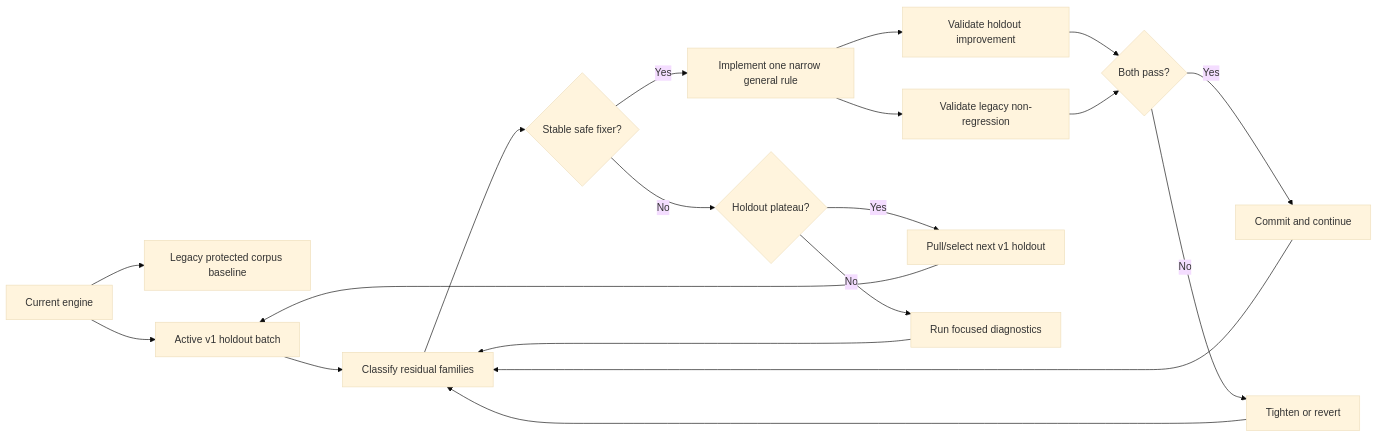
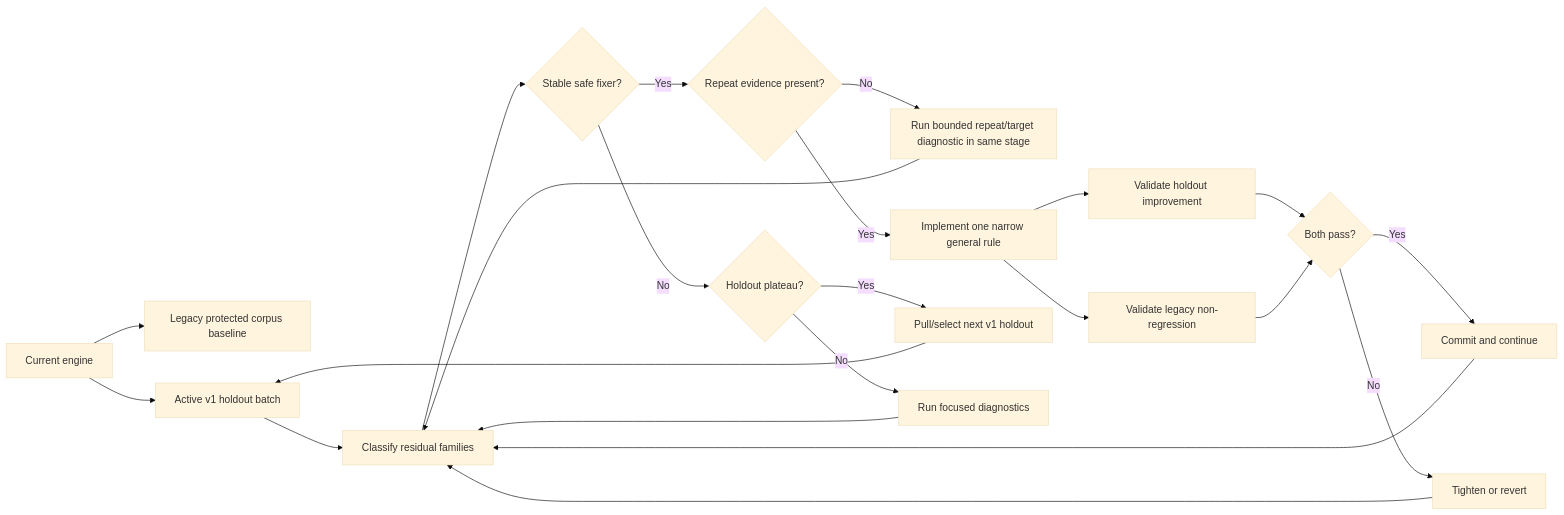
Before and after one commit to fourtytwo42/PDFAF_v2: the third of 4 diagrams in docs/codex-stage-flow.md, drawn with Mermaid (base theme). The commit also changed other lines of this file and 2 other files, not shown here.

Commit message:
Require repeat diagnostics before stage stop

````diff
--- a/docs/codex-stage-flow.md
+++ b/docs/codex-stage-flow.md
@@ -71,21 +71,24 @@
 ```mermaid
 flowchart LR
   A[Current engine] --> B[Legacy protected corpus baseline]
   A --> C[Active v1 holdout batch]
   C --> D[Classify residual families]
   D --> E{Stable safe fixer?}
-  E -- Yes --> F[Implement one narrow general rule]
-  F --> G[Validate holdout improvement]
-  F --> H[Validate legacy non-regression]
-  G --> I{Both pass?}
-  H --> I
-  I -- Yes --> J[Commit and continue]
-  I -- No --> K[Tighten or revert]
-  E -- No --> L{Holdout plateau?}
-  L -- Yes --> M[Pull/select next v1 holdout]
-  L -- No --> N[Run focused diagnostics]
-  J --> D
-  K --> D
-  M --> C
-  N --> D
+  E -- Yes --> F{Repeat evidence present?}
+  F -- No --> G[Run bounded repeat/target diagnostic in same stage]
+  G --> D
+  F -- Yes --> H[Implement one narrow general rule]
+  H --> I[Validate holdout improvement]
+  H --> J[Validate legacy non-regression]
+  I --> K{Both pass?}
+  J --> K
+  K -- Yes --> L[Commit and continue]
+  K -- No --> M[Tighten or revert]
+  E -- No --> N{Holdout plateau?}
+  N -- Yes --> O[Pull/select next v1 holdout]
+  N -- No --> P[Run focused diagnostics]
+  L --> D
+  M --> D
+  O --> C
+  P --> D
 ```
````
